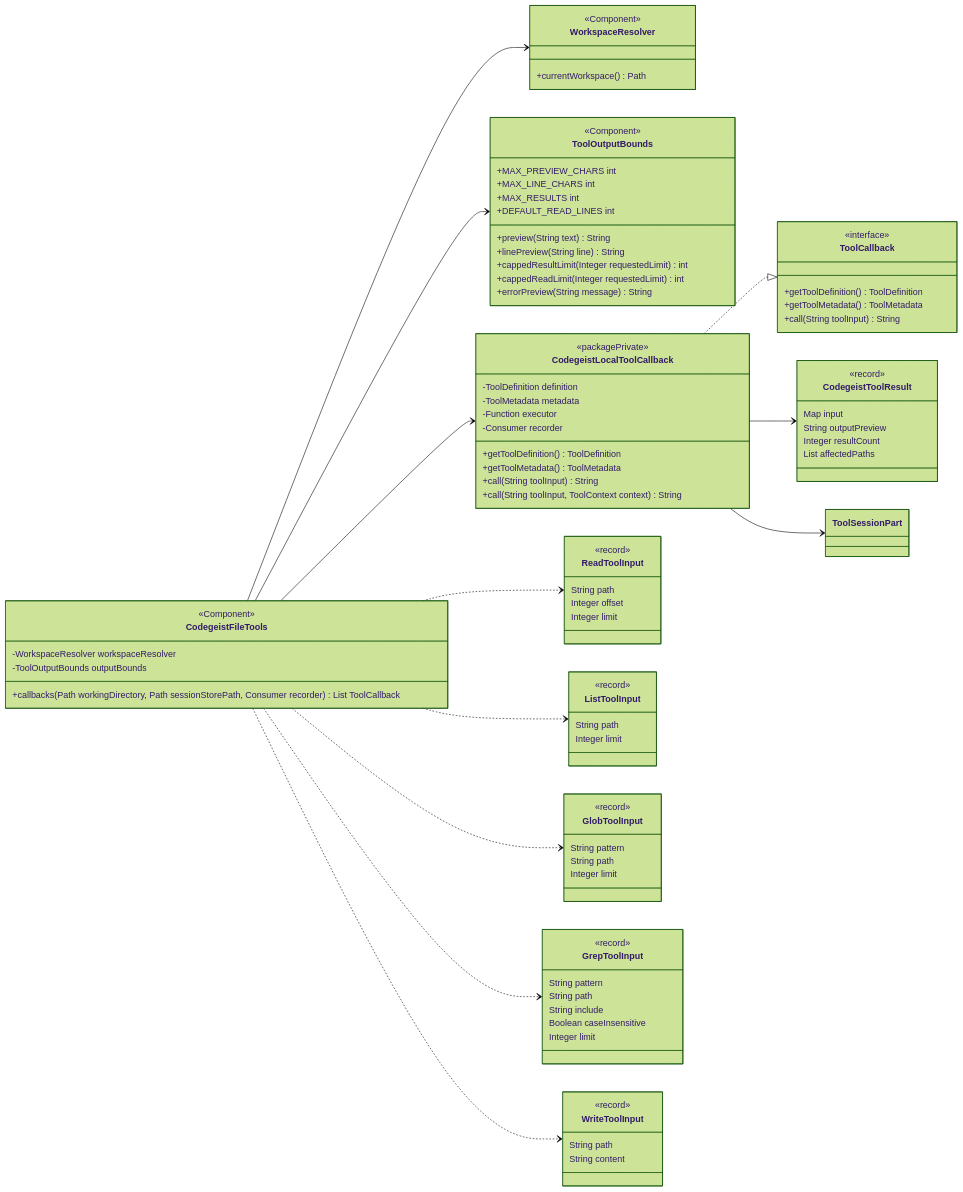
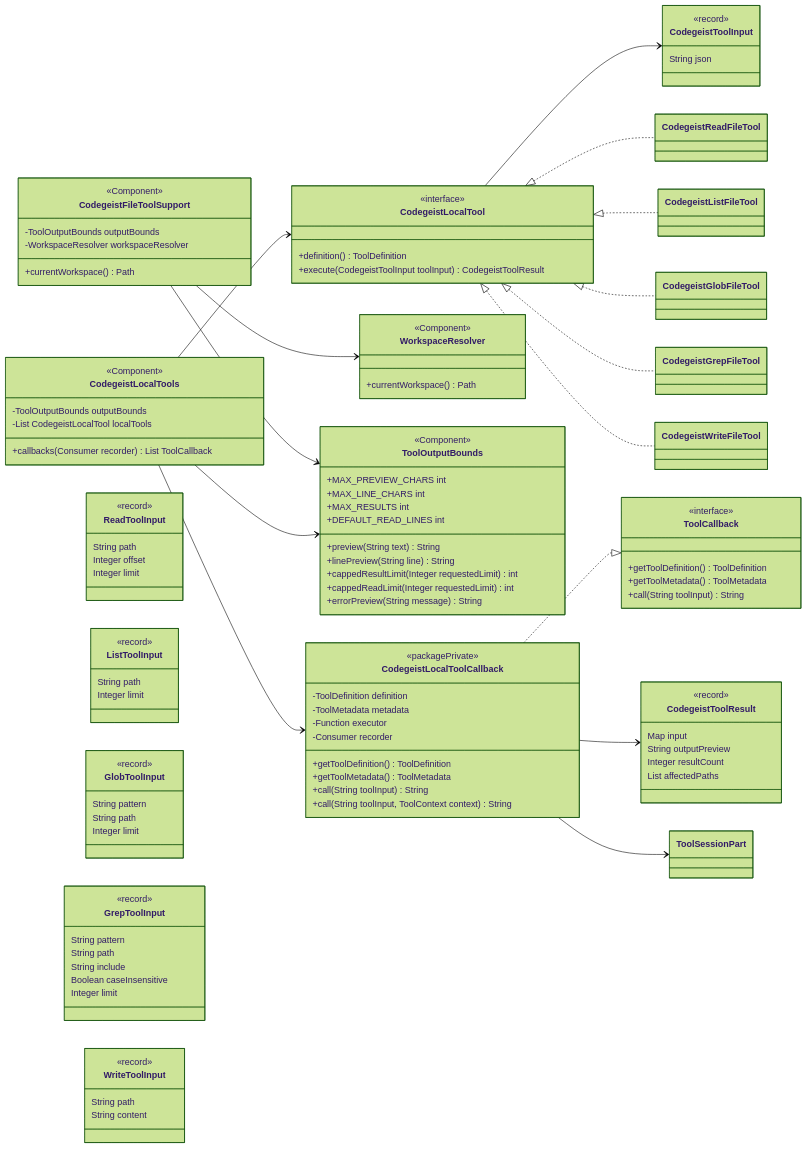
Before and after one commit to codegeist-ai/codegeist: the third of 6 diagrams in docs/tasks/T007_build-codegeist-runtime-harness/mcp-and-readwrite-tools-implementation-plan.md, drawn with Mermaid (forest theme). The commit also changed other lines of this file and 33 other files, not shown here.

First line of the commit message:
feat(tool): add local file callbacks

````diff
--- a/docs/tasks/T007_build-codegeist-runtime-harness/mcp-and-readwrite-tools-implementation-plan.md
+++ b/docs/tasks/T007_build-codegeist-runtime-harness/mcp-and-readwrite-tools-implementation-plan.md
@@ -285,12 +285,30 @@
 classDiagram
     direction LR
 
-    class CodegeistFileTools {
+    class CodegeistLocalTools {
       <<Component>>
       <<RequiredArgsConstructor>>
+      -ToolOutputBounds outputBounds
+      -List CodegeistLocalTool localTools
+      +callbacks(Consumer recorder) List ToolCallback
+    }
+
+    class CodegeistLocalTool {
+      <<interface>>
+      +definition() ToolDefinition
+      +execute(CodegeistToolInput toolInput) CodegeistToolResult
+    }
+
+    class CodegeistToolInput {
+      <<record>>
+      String json
+    }
+
+    class CodegeistFileToolSupport {
+      <<Component>>
+      -ToolOutputBounds outputBounds
       -WorkspaceResolver workspaceResolver
-      -ToolOutputBounds outputBounds
-      +callbacks(Path workingDirectory, Path sessionStorePath, Consumer recorder) List ToolCallback
+      +currentWorkspace() Path
     }
 
     class WorkspaceResolver {
@@ -379,15 +397,18 @@
       +call(String toolInput) String
     }
 
-    CodegeistFileTools --> WorkspaceResolver
-    CodegeistFileTools --> ToolOutputBounds
-    CodegeistFileTools --> CodegeistLocalToolCallback
+    CodegeistLocalTools --> ToolOutputBounds
+    CodegeistLocalTools --> CodegeistLocalTool
+    CodegeistLocalTools --> CodegeistLocalToolCallback
+    CodegeistLocalTool --> CodegeistToolInput
+    CodegeistFileToolSupport --> WorkspaceResolver
+    CodegeistFileToolSupport --> ToolOutputBounds
     CodegeistLocalToolCallback ..|> ToolCallback
     CodegeistLocalToolCallback --> CodegeistToolResult
     CodegeistLocalToolCallback --> ToolSessionPart
-    CodegeistFileTools ..> ReadToolInput
-    CodegeistFileTools ..> ListToolInput
-    CodegeistFileTools ..> GlobToolInput
-    CodegeistFileTools ..> GrepToolInput
-    CodegeistFileTools ..> WriteToolInput
+    CodegeistLocalTool <|.. CodegeistReadFileTool
+    CodegeistLocalTool <|.. CodegeistListFileTool
+    CodegeistLocalTool <|.. CodegeistGlobFileTool
+    CodegeistLocalTool <|.. CodegeistGrepFileTool
+    CodegeistLocalTool <|.. CodegeistWriteFileTool
 ```
````
